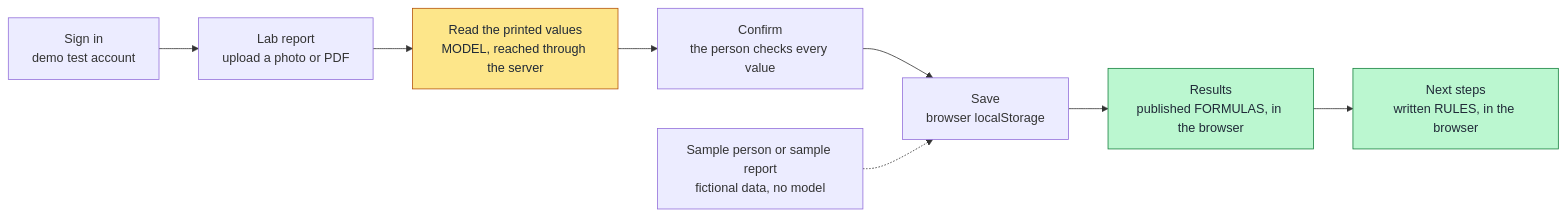
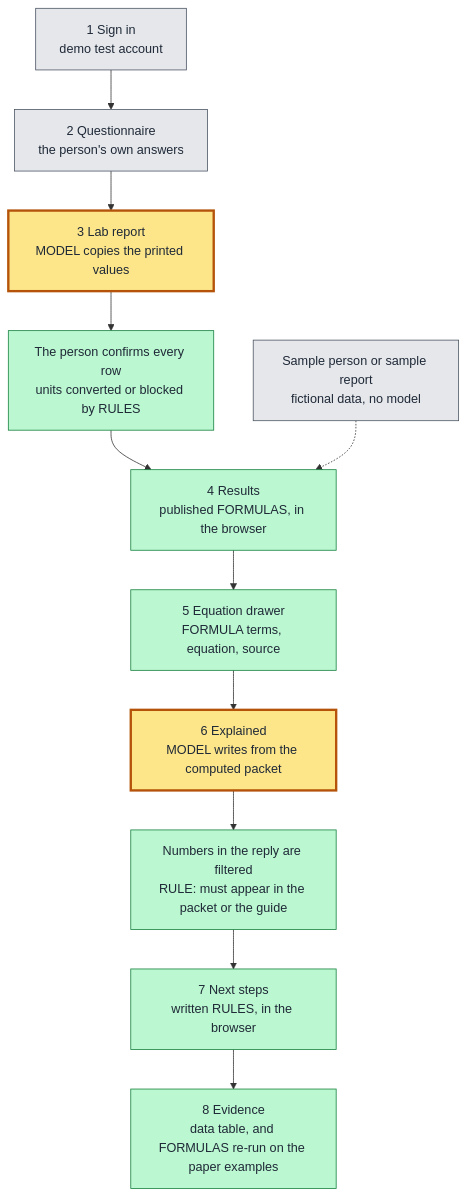
One commit to tingwei161803/unify-risk changed the first of 8 diagrams in docs/architecture.md. Above: the diagram before and after it, drawn with Mermaid. The commit also changed other lines of this file and 1 other file, not shown here.

First line of the commit message:
Bring the architecture overview up to date with main

````diff
--- a/docs/architecture.md
+++ b/docs/architecture.md
@@ -12,15 +12,20 @@
 ```mermaid
-flowchart LR
-    SIGNIN["Sign in<br/>demo test account"] --> UPLOAD["Lab report<br/>upload a photo or PDF"]
-    UPLOAD --> READ["Read the printed values<br/>MODEL, reached through the server"]
-    READ --> CONFIRM["Confirm<br/>the person checks every value"]
-    CONFIRM --> SAVE["Save<br/>browser localStorage"]
-    SAVE --> RESULTS["Results<br/>published FORMULAS, in the browser"]
-    RESULTS --> PLAN["Next steps<br/>written RULES, in the browser"]
-    SAMPLE["Sample person or sample report<br/>fictional data, no model"] -.-> SAVE
+flowchart TD
+    SIGNIN["1 Sign in<br/>demo test account"] --> INPUTS["2 Questionnaire<br/>the person's own answers"]
+    INPUTS --> READ["3 Lab report<br/>MODEL copies the printed values"]
+    READ --> CONFIRM["The person confirms every row<br/>units converted or blocked by RULES"]
+    CONFIRM --> RESULTS["4 Results<br/>published FORMULAS, in the browser"]
+    RESULTS --> DRAWER["5 Equation drawer<br/>FORMULA terms, equation, source"]
+    DRAWER --> EXPLAIN["6 Explained<br/>MODEL writes from the computed packet"]
+    EXPLAIN --> FILTER["Numbers in the reply are filtered<br/>RULE: must appear in the packet or the guide"]
+    FILTER --> PLAN["7 Next steps<br/>written RULES, in the browser"]
+    PLAN --> EVIDENCE["8 Evidence<br/>data table, and FORMULAS re-run on the paper examples"]
+    SAMPLE["Sample person or sample report<br/>fictional data, no model"] -.-> RESULTS
 
-    classDef model fill:#fde68a,stroke:#b45309,color:#1f2937
+    classDef model fill:#fde68a,stroke:#b45309,stroke-width:3px,color:#1f2937
     classDef rules fill:#bbf7d0,stroke:#15803d,color:#1f2937
-    class READ model
-    class RESULTS,PLAN rules
+    classDef human fill:#e5e7eb,stroke:#4b5563,color:#1f2937
+    class READ,EXPLAIN model
+    class CONFIRM,RESULTS,DRAWER,FILTER,PLAN,EVIDENCE rules
+    class SIGNIN,INPUTS,SAMPLE human
 ```
````
